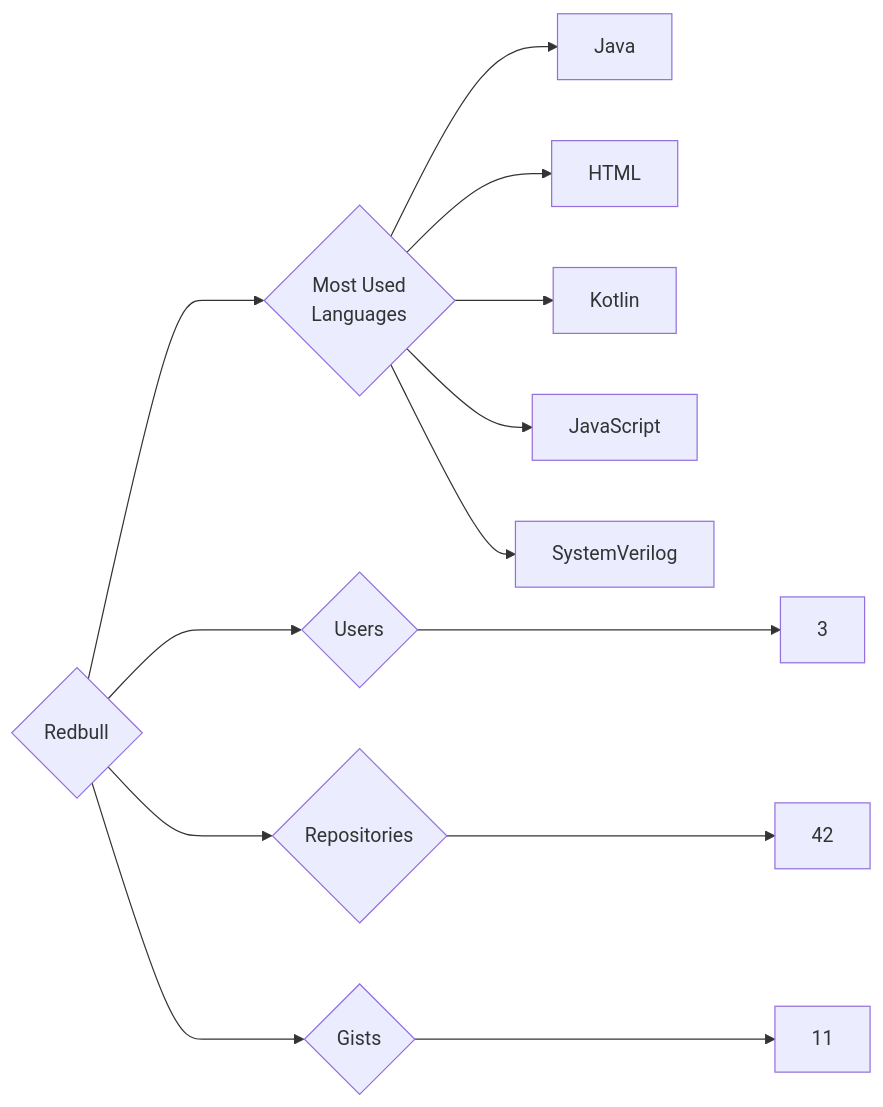
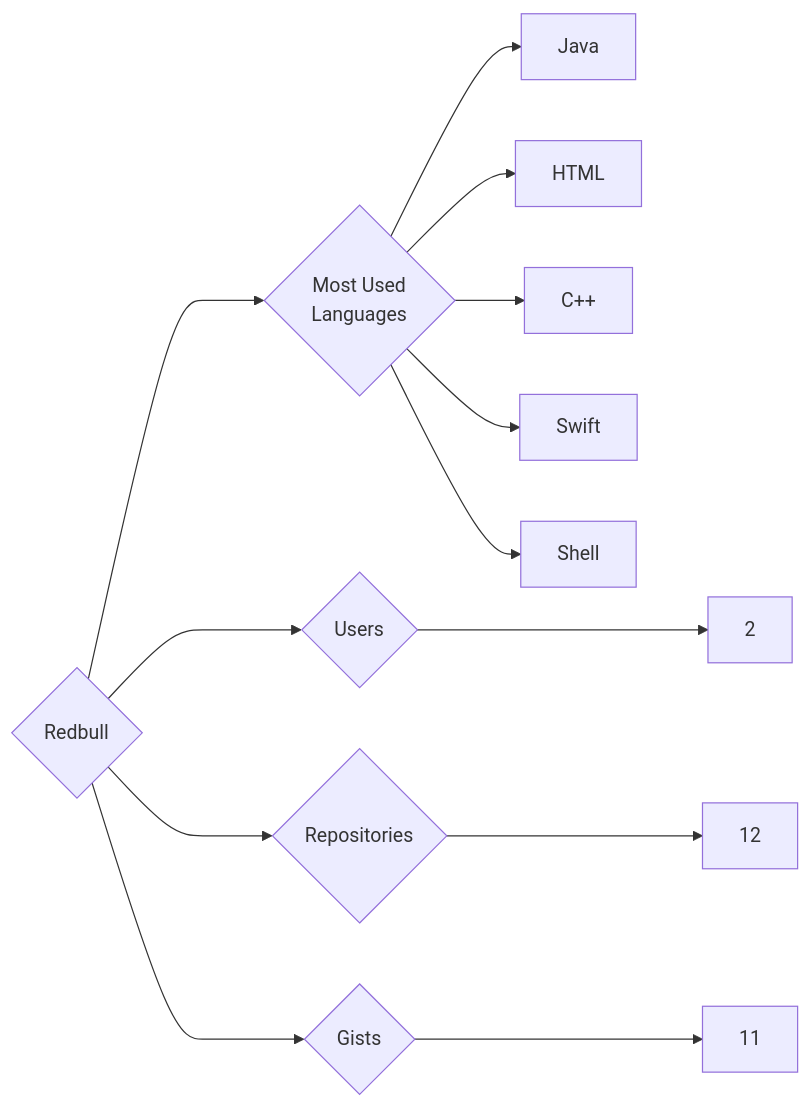
The diagram in targets/Redbull/README.md (trickest/insiders), drawn with Mermaid before and after one commit. The commit also changed 1389 other files, not shown here.

````diff
--- a/targets/Redbull/README.md
+++ b/targets/Redbull/README.md
@@ -3,13 +3,13 @@
 ```mermaid
 graph LR
 COMPANY_NAME{Redbull}
-COMPANY_NAME ---> U{Users} ---> UN[3]
-COMPANY_NAME ---> R{Repositories} ---> RN[42]
+COMPANY_NAME ---> U{Users} ---> UN[2]
+COMPANY_NAME ---> R{Repositories} ---> RN[12]
 COMPANY_NAME ---> G{Gists} ---> GN[11]
 COMPANY_NAME ---> ML{Most Used<br>Languages}
 ML --> Java[Java]
 ML --> HTML[HTML]
-ML --> Kotlin[Kotlin]
-ML --> JavaScript[JavaScript]
-ML --> SystemVerilog[SystemVerilog]
+ML --> C++[C++]
+ML --> Swift[Swift]
+ML --> Shell[Shell]
 ```
````
